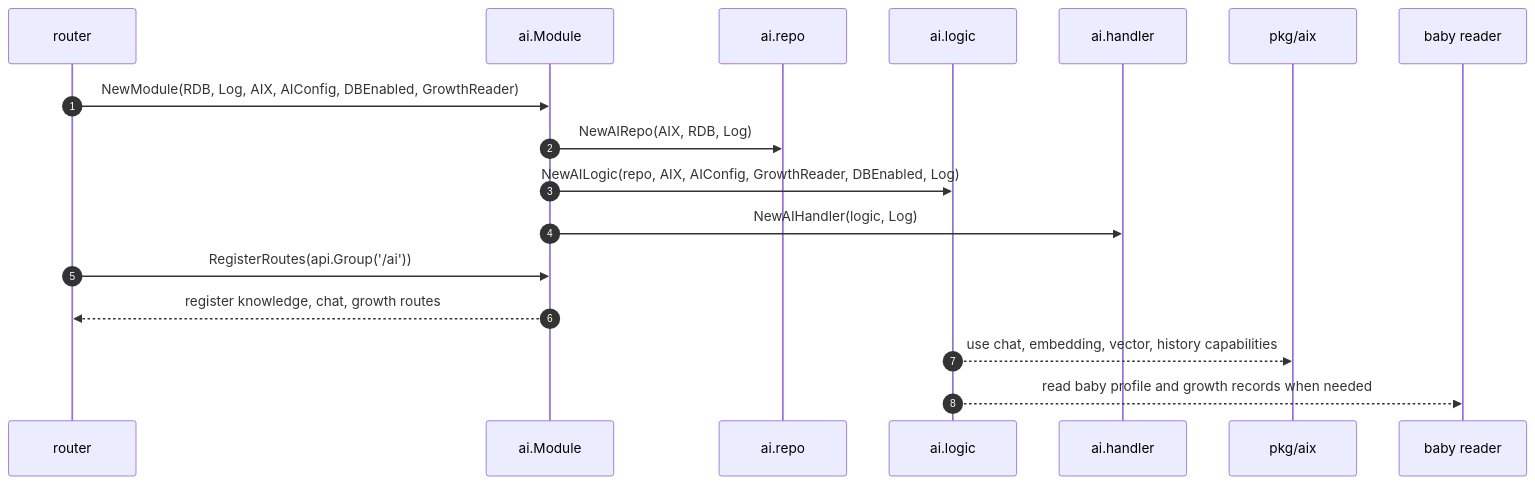
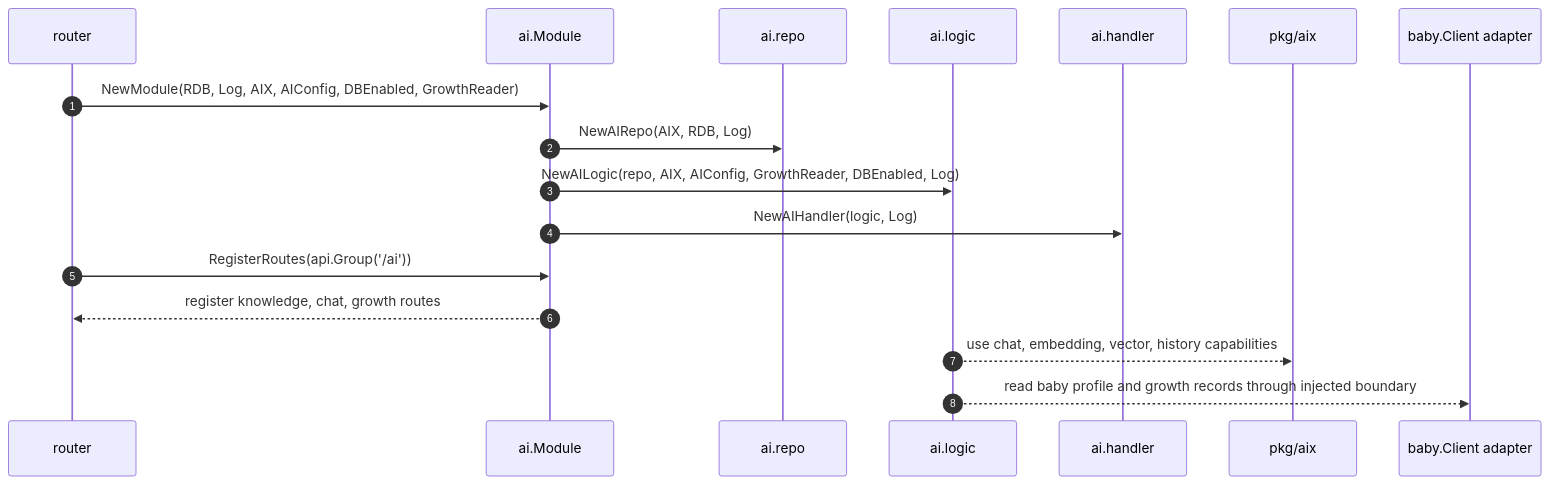
Before and after one commit to Goblin-Master/nurture: the first of 4 diagrams in internal/ai/doc/README.md, drawn with Mermaid. The commit also changed other lines of this file and 14 other files, not shown here.

````diff
--- a/internal/ai/doc/README.md
+++ b/internal/ai/doc/README.md
@@ -7,20 +7,20 @@
 ```mermaid
 sequenceDiagram
   autonumber
   participant Router as router
   participant Module as ai.Module
   participant Repo as ai.repo
   participant Logic as ai.logic
   participant Handler as ai.handler
   participant AIX as pkg/aix
-  participant Baby as baby reader
+  participant Baby as baby.Client adapter
 
   Router->>Module: NewModule(RDB, Log, AIX, AIConfig, DBEnabled, GrowthReader)
   Module->>Repo: NewAIRepo(AIX, RDB, Log)
   Module->>Logic: NewAILogic(repo, AIX, AIConfig, GrowthReader, DBEnabled, Log)
   Module->>Handler: NewAIHandler(logic, Log)
   Router->>Module: RegisterRoutes(api.Group('/ai'))
   Module-->>Router: register knowledge, chat, growth routes
   Logic-->>AIX: use chat, embedding, vector, history capabilities
-  Logic-->>Baby: read baby profile and growth records when needed
+  Logic-->>Baby: read baby profile and growth records through injected boundary
 ```
````
